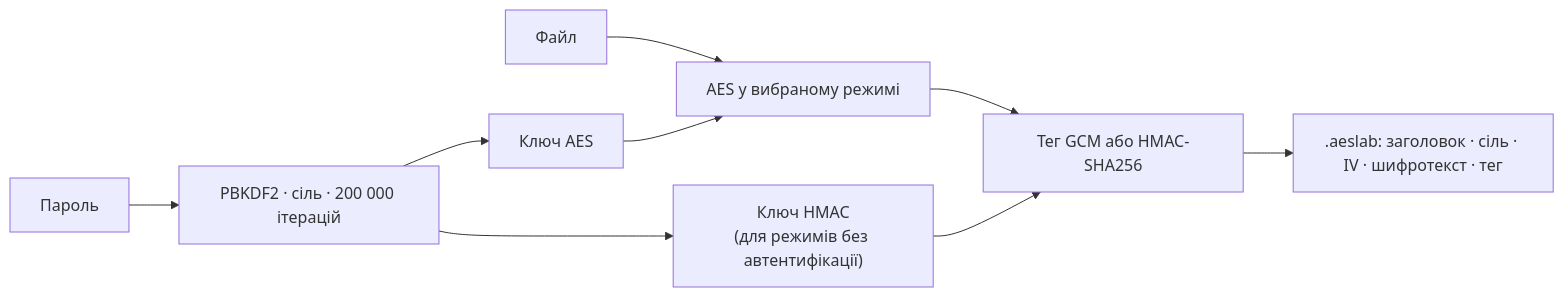
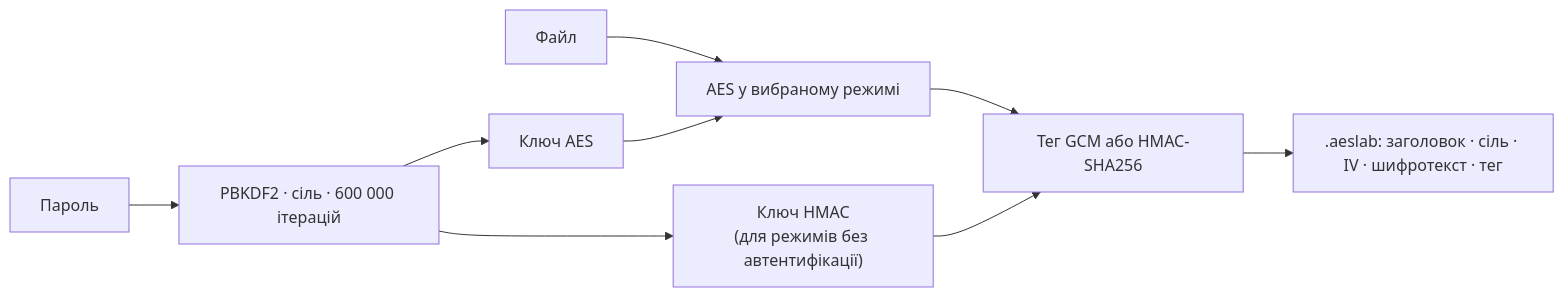
One commit to RE22GDV/LR9-AES changed the diagram in README.md. Above: the diagram before and after it, drawn with Mermaid. The commit also changed other lines of this file and 32 other files, not shown here.

````diff
--- a/README.md
+++ b/README.md
@@ -164,11 +167,11 @@
 ```mermaid
 flowchart LR
-    P["Пароль"] --> D["PBKDF2 · сіль · 200 000 ітерацій"]
+    P["Пароль"] --> D["PBKDF2 · сіль · 600 000 ітерацій"]
     D --> K["Ключ AES"]
     D --> M["Ключ HMAC<br/>(для режимів без автентифікації)"]
     F["Файл"] --> E["AES у вибраному режимі"]
     K --> E
     E --> T["Тег GCM або HMAC-SHA256"]
     M --> T
     T --> O[".aeslab: заголовок · сіль · IV · шифротекст · тег"]
 ```
````
